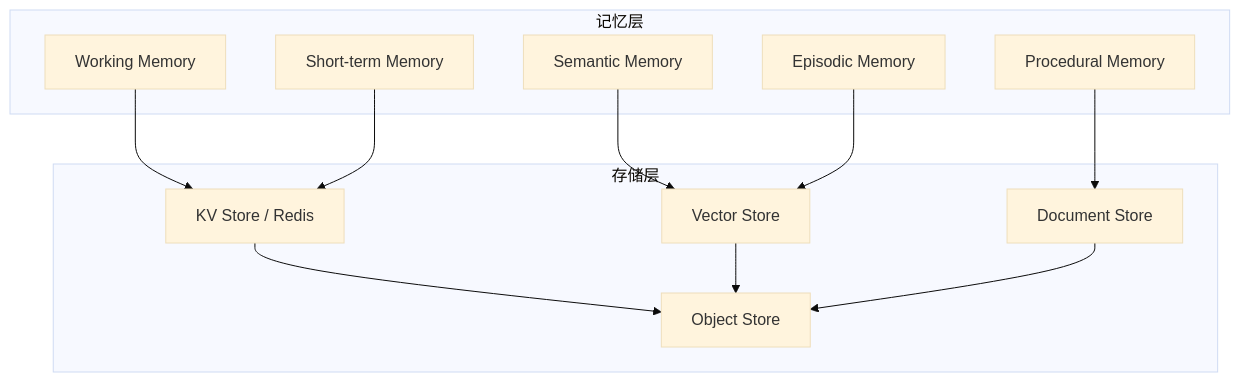
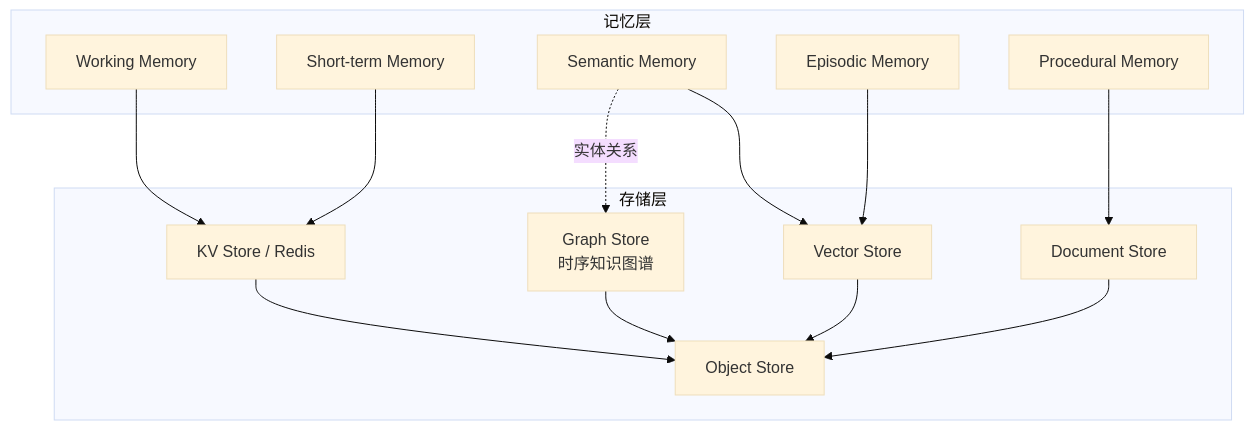
Before and after one commit to cypggs/AI_Infra_Handbook: the third of 4 diagrams in docs/05-agent/memory/03-architecture.md, drawn with Mermaid (base theme). The commit also changed other lines of this file and 10 other files, not shown here.

Commit message:
更新 Agent Memory 主题至 2026-10：Zep/Graphiti 时序图谱、MemOS、sleep-time compute、LoCoMo/LongMemEval 基准、MCP Server 接入形态

````diff
--- a/docs/05-agent/memory/03-architecture.md
+++ b/docs/05-agent/memory/03-architecture.md
@@ -116,26 +116,29 @@
 ```mermaid
 flowchart TB
     subgraph ML[记忆层]
         WM[Working Memory]
         STM[Short-term Memory]
         SM[Semantic Memory]
         EM[Episodic Memory]
         PM[Procedural Memory]
     end
 
     subgraph SL[存储层]
         KV[KV Store / Redis]
         VS[Vector Store]
+        GS[Graph Store<br/>时序知识图谱]
         DOC[Document Store]
         OBJ[Object Store]
     end
 
     WM --> KV
     STM --> KV
     SM --> VS
     EM --> VS
+    SM -.实体关系.-> GS
     PM --> DOC
     KV --> OBJ
     VS --> OBJ
+    GS --> OBJ
     DOC --> OBJ
 ```
````
